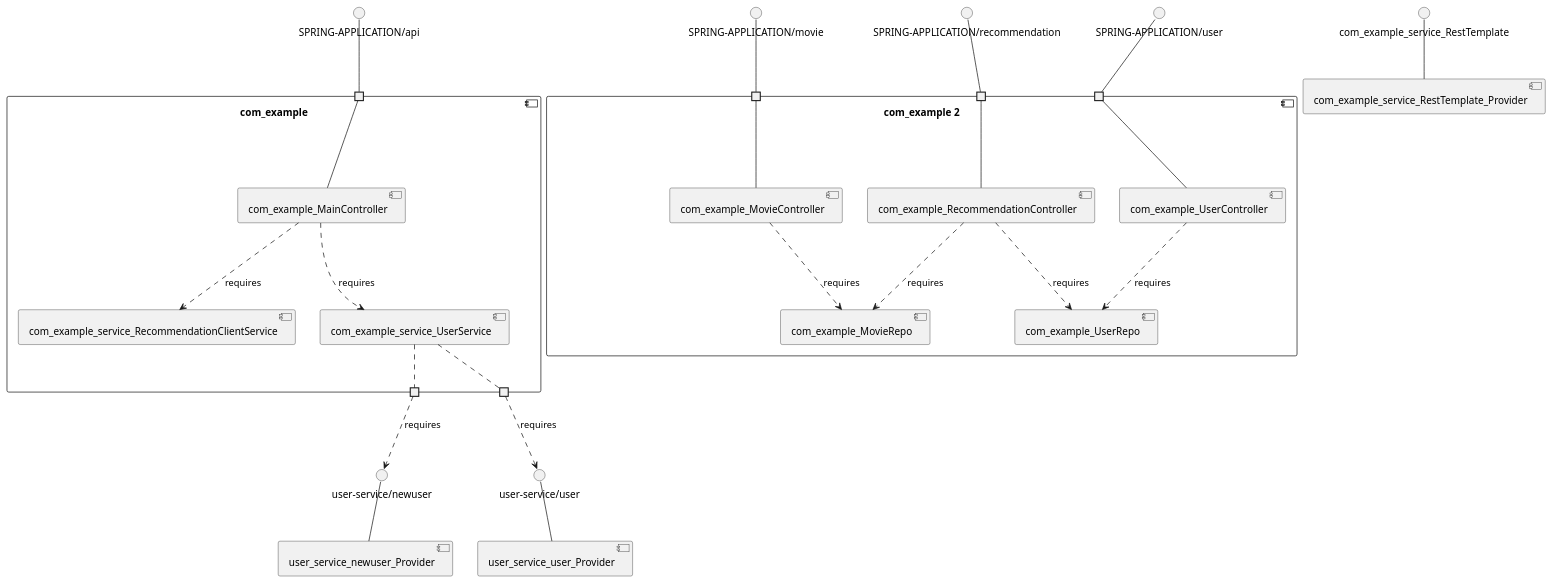
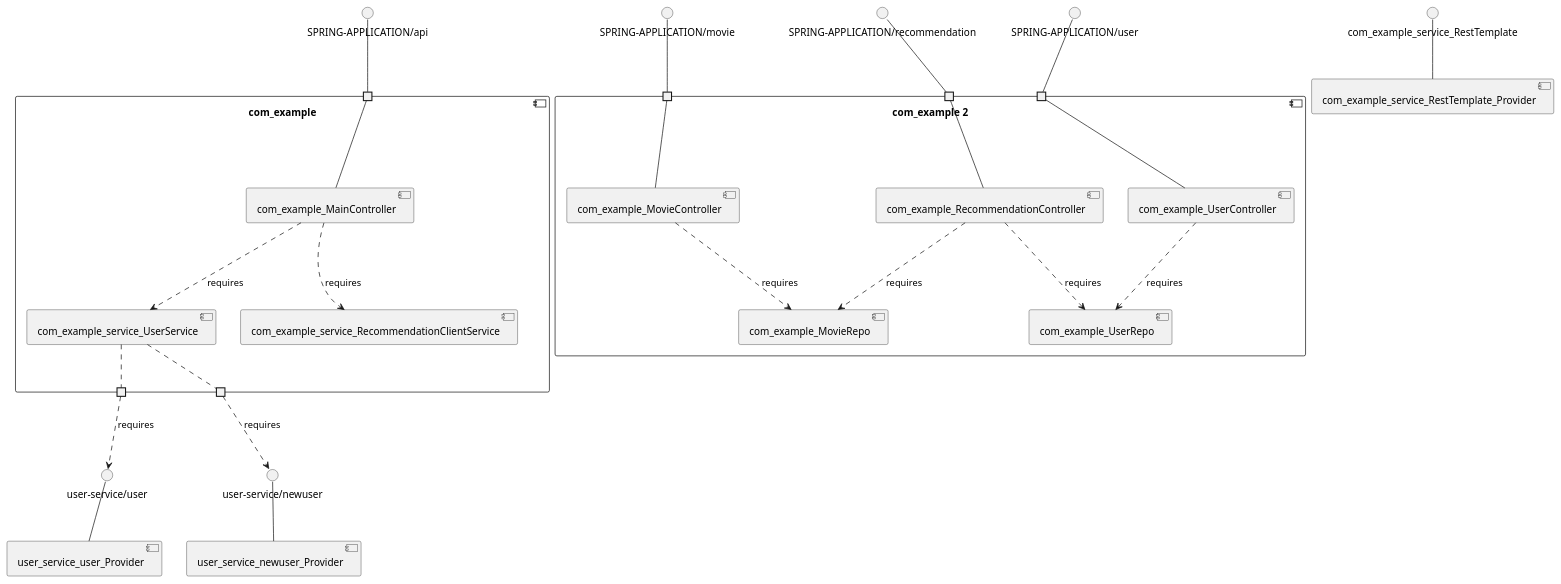
The diagram in mdeket-spring-cloud-movie-recommendation/model_re/uml/componentDiagram.puml (View-Based-Reverse-Engineering/Retriever-Benchmark), drawn with PlantUML before and after one commit. The commit also changed other lines of this file and 395 other files, not shown here.

```diff
--- a/mdeket-spring-cloud-movie-recommendation/model_re/uml/componentDiagram.puml
+++ b/mdeket-spring-cloud-movie-recommendation/model_re/uml/componentDiagram.puml
@@ -1,53 +1,53 @@
 @startuml
 skinparam fixCircleLabelOverlapping true
 skinparam componentStyle uml2
 component "com_example\n\n\n\n\n\n" {
-[com_example_service_UserService]
 [com_example_MainController]
 [com_example_service_RecommendationClientService]
+[com_example_service_UserService]
 portin " " as com_example_requires_SPRING_APPLICATION_api
+portout " " as com_example_provides_user_service_user
 portout " " as com_example_provides_user_service_newuser
-portout " " as com_example_provides_user_service_user
 [com_example_MainController]..>[com_example_service_RecommendationClientService] : requires
 [com_example_MainController]..>[com_example_service_UserService] : requires
 "com_example_requires_SPRING_APPLICATION_api"--[com_example_MainController]
+[com_example_service_UserService].."com_example_provides_user_service_newuser"
 [com_example_service_UserService].."com_example_provides_user_service_user"
-[com_example_service_UserService].."com_example_provides_user_service_newuser"
 }
 interface "SPRING-APPLICATION/api" as interface.SPRING_APPLICATION_api
 interface.SPRING_APPLICATION_api--"com_example_requires_SPRING_APPLICATION_api"
 interface "user-service/newuser" as interface.user_service_newuser
 "com_example_provides_user_service_newuser"..>interface.user_service_newuser : requires
 interface "user-service/user" as interface.user_service_user
 "com_example_provides_user_service_user"..>interface.user_service_user : requires
 component "com_example 2\n\n\n\n\n\n" {
+[com_example_MovieController]
+[com_example_UserController]
 [com_example_RecommendationController]
-[com_example_UserController]
-[com_example_MovieController]
 [com_example_UserRepo]
 [com_example_MovieRepo]
+portin " " as com_example_2_requires_SPRING_APPLICATION_movie
+portin " " as com_example_2_requires_SPRING_APPLICATION_user
 portin " " as com_example_2_requires_SPRING_APPLICATION_recommendation
-portin " " as com_example_2_requires_SPRING_APPLICATION_user
-portin " " as com_example_2_requires_SPRING_APPLICATION_movie
+[com_example_UserController]..>[com_example_UserRepo] : requires
+[com_example_RecommendationController]..>[com_example_MovieRepo] : requires
 [com_example_MovieController]..>[com_example_MovieRepo] : requires
 [com_example_RecommendationController]..>[com_example_UserRepo] : requires
-[com_example_RecommendationController]..>[com_example_MovieRepo] : requires
-[com_example_UserController]..>[com_example_UserRepo] : requires
+"com_example_2_requires_SPRING_APPLICATION_user"--[com_example_UserController]
+"com_example_2_requires_SPRING_APPLICATION_recommendation"--[com_example_RecommendationController]
 "com_example_2_requires_SPRING_APPLICATION_movie"--[com_example_MovieController]
-"com_example_2_requires_SPRING_APPLICATION_recommendation"--[com_example_RecommendationController]
-"com_example_2_requires_SPRING_APPLICATION_user"--[com_example_UserController]
 }
 interface "SPRING-APPLICATION/movie" as interface.SPRING_APPLICATION_movie
 interface.SPRING_APPLICATION_movie--"com_example_2_requires_SPRING_APPLICATION_movie"
 interface "SPRING-APPLICATION/recommendation" as interface.SPRING_APPLICATION_recommendation
 interface.SPRING_APPLICATION_recommendation--"com_example_2_requires_SPRING_APPLICATION_recommendation"
 interface "SPRING-APPLICATION/user" as interface.SPRING_APPLICATION_user
 interface.SPRING_APPLICATION_user--"com_example_2_requires_SPRING_APPLICATION_user"
 interface "com_example_service_RestTemplate" as interface.com_example_service_RestTemplate
 interface.com_example_service_RestTemplate--[com_example_service_RestTemplate_Provider]
 interface "user-service/newuser" as interface.user_service_newuser
 interface.user_service_newuser--[user_service_newuser_Provider]
 interface "user-service/user" as interface.user_service_user
 interface.user_service_user--[user_service_user_Provider]
 
 @enduml
```
